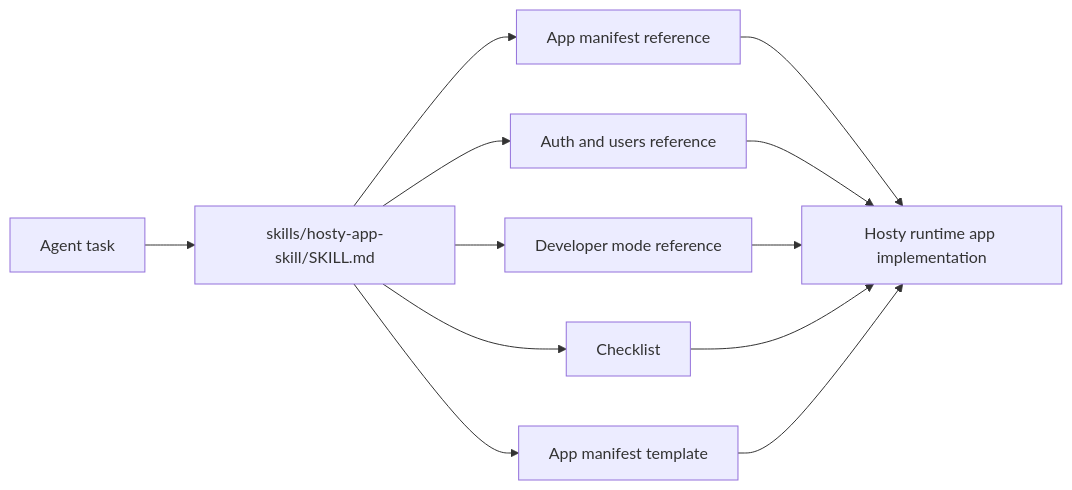
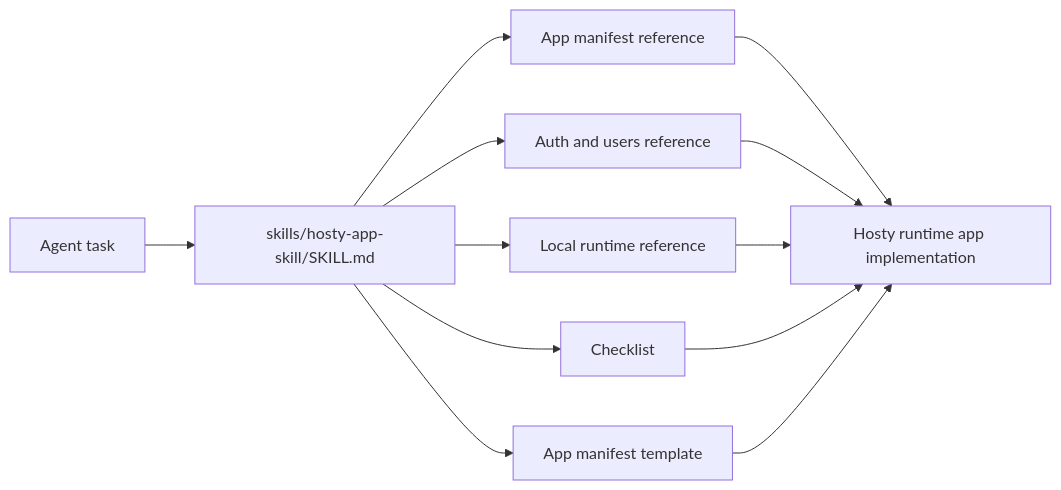
Before and after one commit to alex-de-haas/docker-host: the diagram in docs/features/hosty-app-skill.md, drawn with Mermaid. The commit also changed other lines of this file and 77 other files, not shown here.

Commit message:
Remove legacy developer harness and dev target flow

````diff
--- a/docs/features/hosty-app-skill.md
+++ b/docs/features/hosty-app-skill.md
@@ -27,14 +27,14 @@
 ```mermaid
 flowchart LR
   A["Agent task"] --> B["skills/hosty-app-skill/SKILL.md"]
   B --> C["App manifest reference"]
   B --> D["Auth and users reference"]
-  B --> E["Developer mode reference"]
+  B --> E["Local runtime reference"]
   B --> F["Checklist"]
   B --> G["App manifest template"]
   C --> H["Hosty runtime app implementation"]
   D --> H
   E --> H
   F --> H
   G --> H
 ```
````
